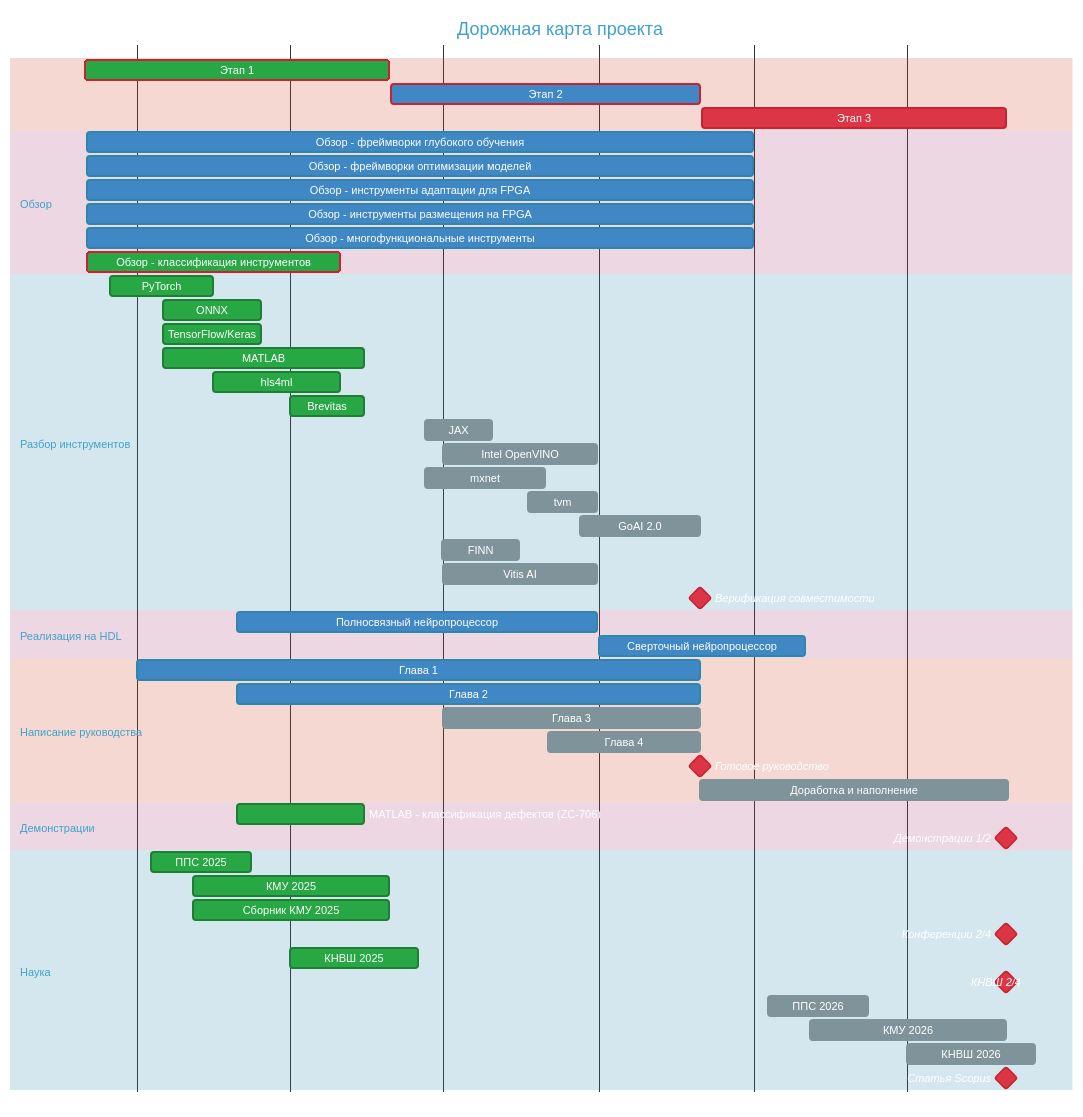
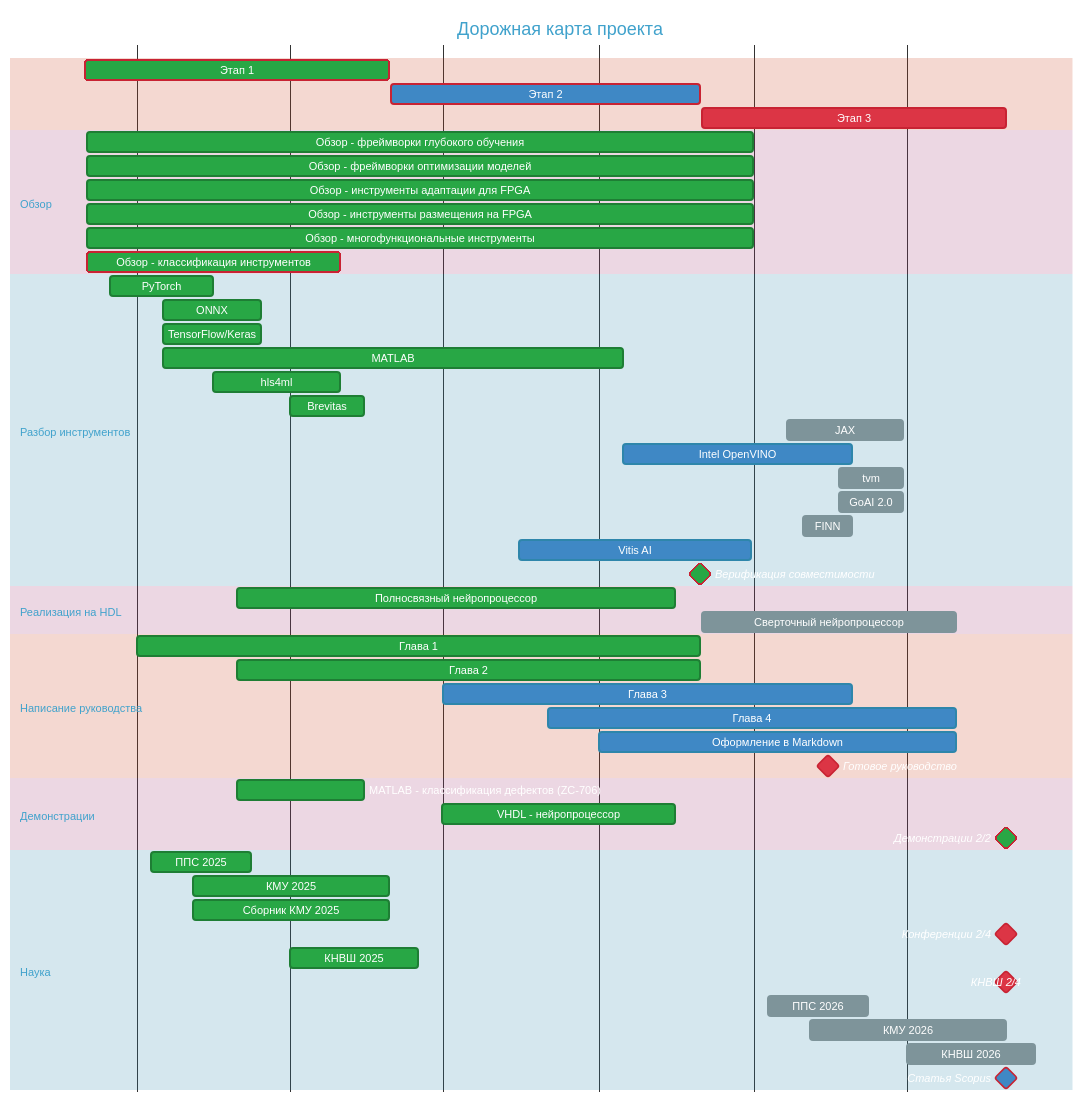
One commit to debreti/nirsii-fpgai changed the diagram in README.md. Above: the diagram before and after it, drawn with Mermaid. The commit also changed other lines of this file and 14 other files, not shown here.

````diff
--- a/README.md
+++ b/README.md
@@ -69,44 +72,44 @@
     
 
     section Обзор
-    Обзор - фреймворки глубокого обучения: active, 2024-12-02, 2025-12-31
-    Обзор - фреймворки оптимизации моделей: active, 2024-12-02, 2025-12-31
-    Обзор - инструменты адаптации для FPGA: active, 2024-12-02, 2025-12-31
-    Обзор - инструменты размещения на FPGA: active, 2024-12-02, 2025-12-31
-    Обзор - многофункциональные инструменты: active, 2024-12-02, 2025-12-31
-    Обзор - классификация инструментов: crit, done, 2024-12-02, 2025-05-01
+    Обзор - фреймворки глубокого обучения: done, 2024-12-02, 2025-12-31
+    Обзор - фреймворки оптимизации моделей: done, 2024-12-02, 2025-12-31
+    Обзор - инструменты адаптации для FPGA: done, 2024-12-02, 2025-12-31
+    Обзор - инструменты размещения на FPGA: done, 2024-12-02, 2025-12-31
+    Обзор - многофункциональные инструменты: done, 2024-12-02, 2025-12-31
+    Обзор - классификация инструментов: done, crit, 2024-12-02, 2025-05-01
 
     section Разбор инструментов
     PyTorch: done, 2024-12-16, 2025-02-15
     ONNX: done, 2025-01-16, 2025-03-15
     TensorFlow/Keras: done, 2025-01-16, 2025-03-15
-    MATLAB: done, 2025-01-16, 2025-05-15
+    MATLAB: done, 2025-01-16, 2025-10-15
     hls4ml: done, 2025-02-15, 2025-05-01
     Brevitas: done, 2025-04-01, 2025-05-15
-    JAX: 2025-06-20, 2025-07-30
-    Intel OpenVINO: 2025-07-01, 2025-09-30
-    mxnet: 2025-06-20, 2025-08-30
-    tvm: 2025-08-20, 2025-09-30
-    GoAI 2.0: 2025-09-20, 2025-11-30
-    FINN: 2025-06-30, 2025-08-15
-    Vitis AI: 2025-07-01, 2025-09-30
-    Верификация совместимости: crit, milestone, 2025-11-30, 2025-11-30
+    JAX: 2026-01-20, 2026-03-30
+    Intel OpenVINO: active, 2025-010-15, 2026-02-28
+    tvm: 2026-02-20, 2026-03-30
+    GoAI 2.0: 2026-02-20, 2026-03-30
+    FINN: 2026-01-30, 2026-02-28
+    Vitis AI: active, 2025-08-15, 2025-12-30
+    Верификация совместимости: done, crit, milestone, 2025-11-30, 2025-11-30
     
     section Реализация на HDL
-    Полносвязный нейропроцессор: active, 2025-03-01, 2025-09-30
-    Сверточный нейропроцессор: active, 2025-10-01, 2026-01-31
+    Полносвязный нейропроцессор: done, 2025-03-01, 2025-11-15
+    Сверточный нейропроцессор: 2025-12-01, 2026-04-30
 
     section Написание руководства
-    Глава 1: active, 2025-01-01, 2025-11-30
-    Глава 2: active, 2025-03-01, 2025-11-30
-    Глава 3: 2025-07-01, 2025-11-30
-    Глава 4: 2025-09-01, 2025-11-30
-    Готовое руководство: milestone, crit, 2025-11-30, 2025-11-30
-    Доработка и наполнение: 2025-11-30, 2026-05-31
+    Глава 1: done, 2025-01-01, 2025-11-30
+    Глава 2: done, 2025-03-01, 2025-11-30
+    Глава 3: active, 2025-07-01, 2026-02-28
+    Глава 4: active, 2025-09-01, 2026-04-30
+    Оформление в Markdown: active, 2025-10-01, 2026-04-30
+    Готовое руководство: milestone, crit, 2025-11-30, 2026-04-30
 
     section Демонстрации
     MATLAB - классификация дефектов (ZC-706): done, 2025-03-01, 2025-05-15
-    Демонстрации 1/2: milestone, crit, 2026-05-30, 2026-05-30
+    VHDL - нейропроцессор: done, 2025-06-30, 2025-11-15
+    Демонстрации 2/2: done, milestone, crit, 2026-05-30, 2026-05-30
     
     section Наука
     ППС 2025: done, 2025-01-09, 2025-03-09
@@ -121,6 +124,6 @@
     КМУ 2026: 2026-02-03, 2026-05-30
     КНВШ 2026: 2026-04-01, 2026-06-16
     
-    Статья Scopus: milestone, crit, 2026-05-30, 2026-05-30
+    Статья Scopus: active, milestone, crit, 2026-05-30, 2026-05-30
 
 ```
````
